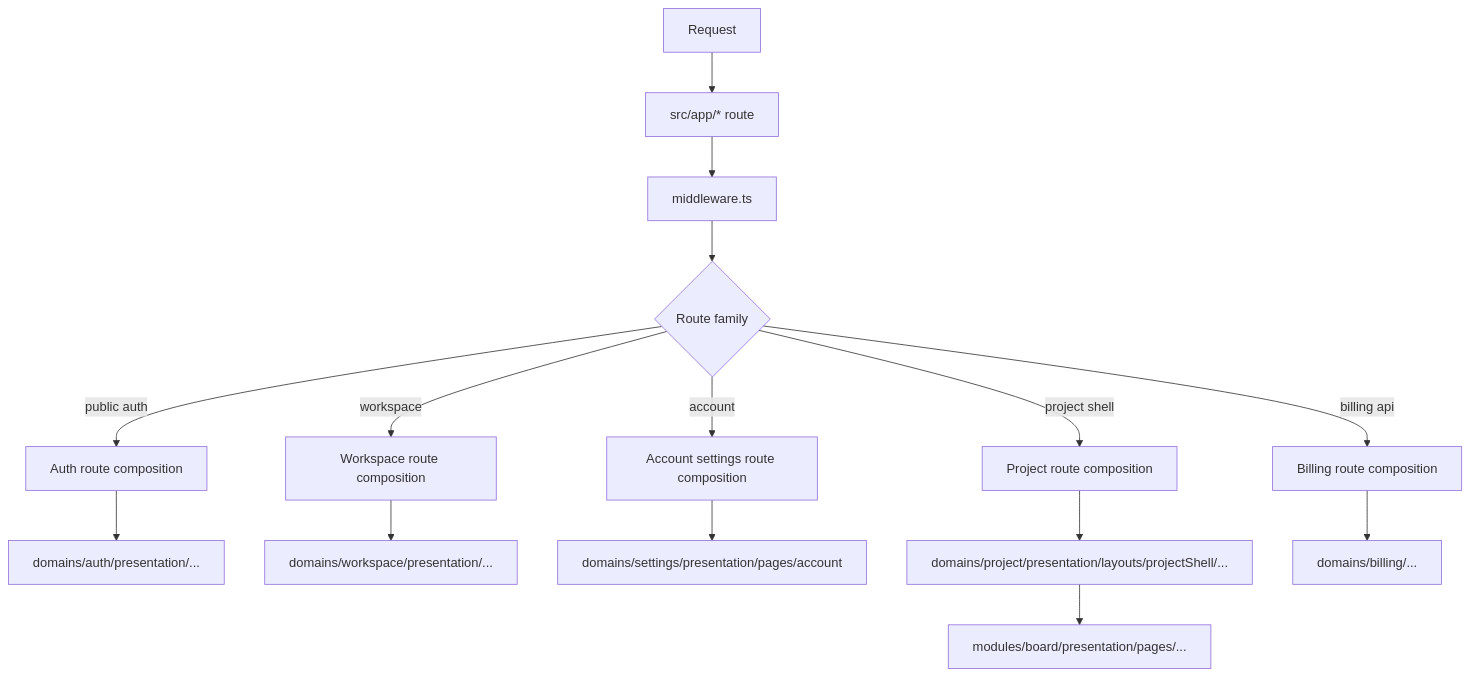
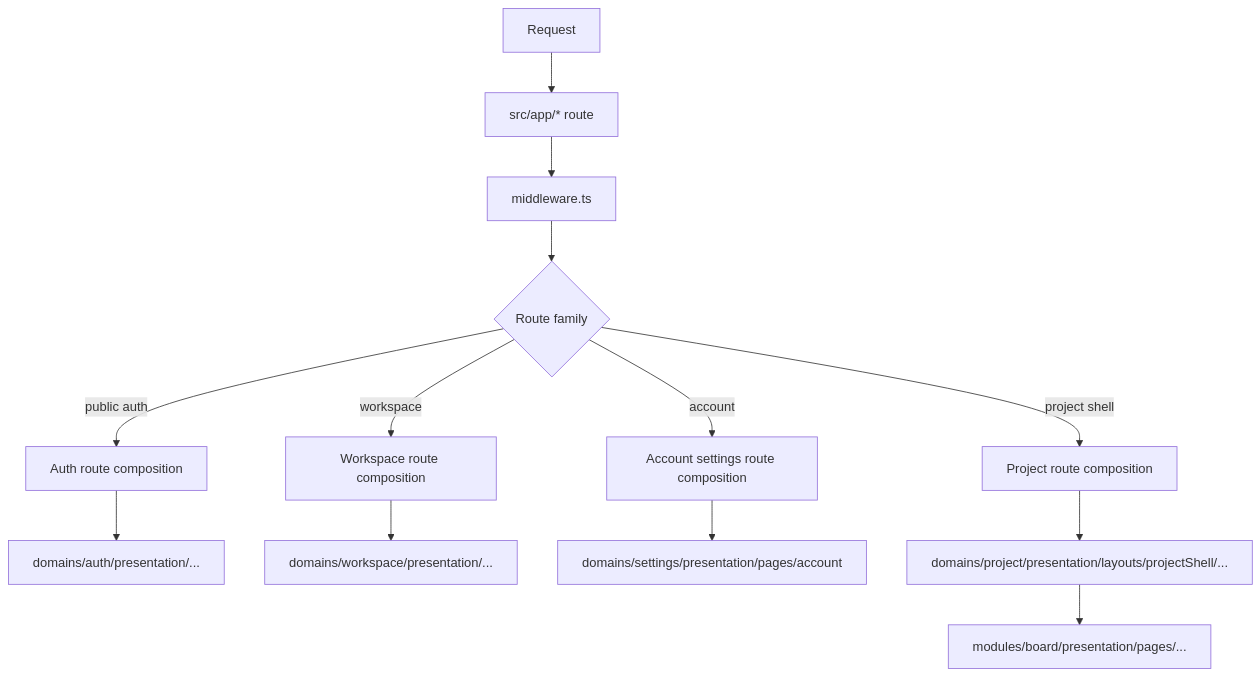
Before and after one commit to mc6ril/workbench: the third of 5 diagrams in .cursor/docs/flowchart.md, drawn with Mermaid. The commit also changed other lines of this file and 20 other files, not shown here.

````diff
--- a/.cursor/docs/flowchart.md
+++ b/.cursor/docs/flowchart.md
@@ -62,19 +57,17 @@
 ```mermaid
 flowchart TD
    REQ[Request] --> APP[src/app/* route]
    APP --> MIDDLEWARE[middleware.ts]
    MIDDLEWARE --> ROUTE{Route family}
 
    ROUTE -->|public auth| AUTH_ROUTE[Auth route composition]
    ROUTE -->|workspace| WS_ROUTE[Workspace route composition]
    ROUTE -->|account| ACCOUNT_ROUTE[Account settings route composition]
    ROUTE -->|project shell| PROJECT_ROUTE[Project route composition]
-   ROUTE -->|billing api| BILLING_ROUTE[Billing route composition]
 
    AUTH_ROUTE --> AUTH_PAGE[domains/auth/presentation/...]
    WS_ROUTE --> WS_PAGE[domains/workspace/presentation/...]
    ACCOUNT_ROUTE --> ACCOUNT_PAGE[domains/settings/presentation/pages/account]
    PROJECT_ROUTE --> PROJECT_SHELL[domains/project/presentation/layouts/projectShell/...]
    PROJECT_SHELL --> BOARD_PAGE[modules/board/presentation/pages/...]
-   BILLING_ROUTE --> BILLING_FLOW[domains/billing/...]
 ```
````
